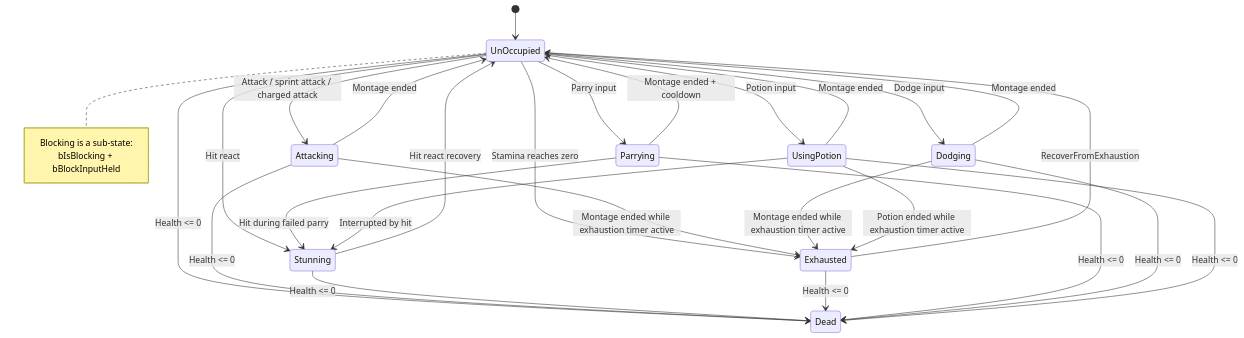
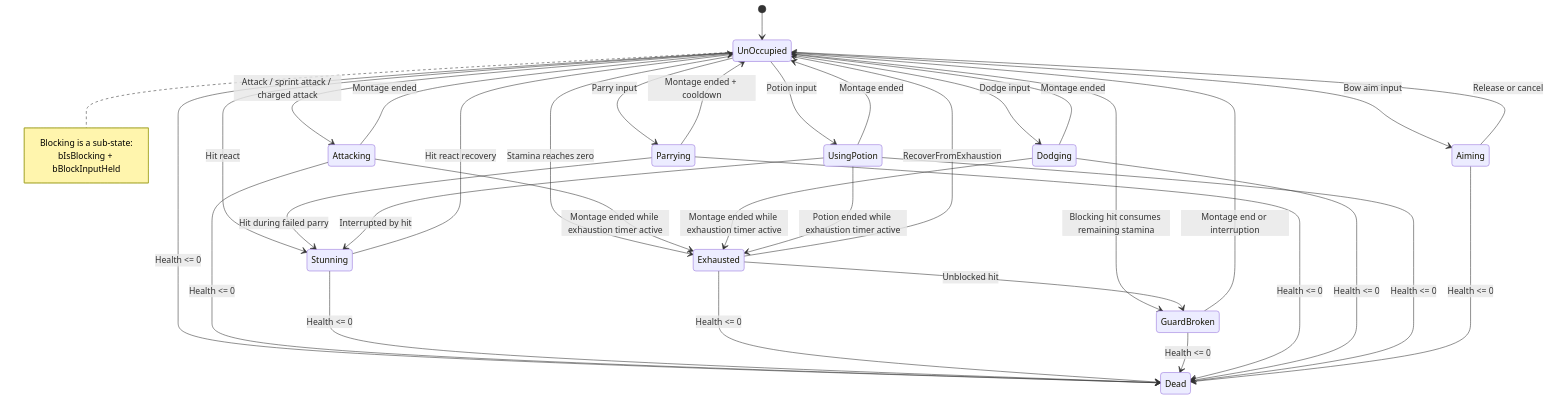
One commit to Kulahala/UE5-Soulslike-Combat changed the first of 6 diagrams in ARCHITECTURE.md. Above: the diagram before and after it, drawn with Mermaid. The commit also changed other lines of this file and 14 other files, not shown here.

````diff
--- a/ARCHITECTURE.md
+++ b/ARCHITECTURE.md
@@ -120,37 +122,44 @@
 ```mermaid
 stateDiagram-v2
     [*] --> UnOccupied
 
     UnOccupied --> Attacking : Attack / sprint attack / charged attack
     UnOccupied --> Stunning : Hit react
     UnOccupied --> Exhausted : Stamina reaches zero
+    UnOccupied --> GuardBroken : Blocking hit consumes remaining stamina
     UnOccupied --> Parrying : Parry input
     UnOccupied --> Dodging : Dodge input
     UnOccupied --> UsingPotion : Potion input
+    UnOccupied --> Aiming : Bow aim input
 
     note right of UnOccupied
         Blocking is a sub-state:
         bIsBlocking + bBlockInputHeld
     end note
 
     Attacking --> UnOccupied : Montage ended
     Attacking --> Exhausted : Montage ended while exhaustion timer active
     Stunning --> UnOccupied : Hit react recovery
     Exhausted --> UnOccupied : RecoverFromExhaustion
+    Exhausted --> GuardBroken : Unblocked hit
+    GuardBroken --> UnOccupied : Montage end or interruption
     Parrying --> UnOccupied : Montage ended + cooldown
     Dodging --> UnOccupied : Montage ended
     Dodging --> Exhausted : Montage ended while exhaustion timer active
     UsingPotion --> UnOccupied : Montage ended
     UsingPotion --> Exhausted : Potion ended while exhaustion timer active
+    Aiming --> UnOccupied : Release or cancel
 
     Parrying --> Stunning : Hit during failed parry
     UsingPotion --> Stunning : Interrupted by hit
 
     UnOccupied --> Dead : Health <= 0
     Attacking --> Dead : Health <= 0
     Stunning --> Dead : Health <= 0
     Exhausted --> Dead : Health <= 0
+    GuardBroken --> Dead : Health <= 0
     Parrying --> Dead : Health <= 0
     Dodging --> Dead : Health <= 0
     UsingPotion --> Dead : Health <= 0
+    Aiming --> Dead : Health <= 0
 ```
````
